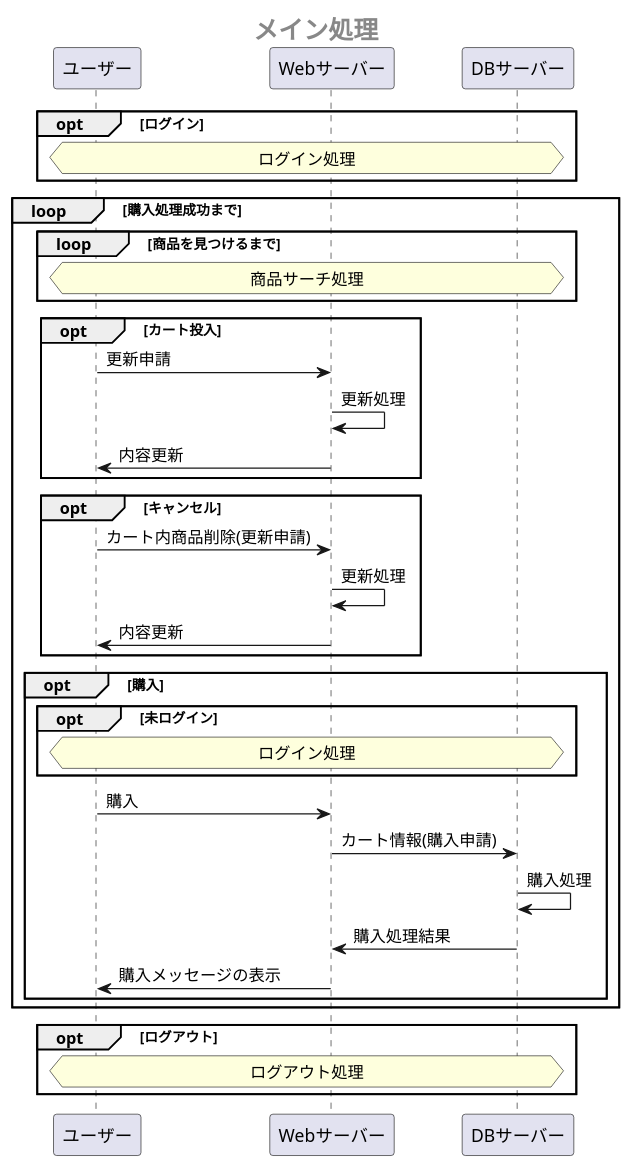
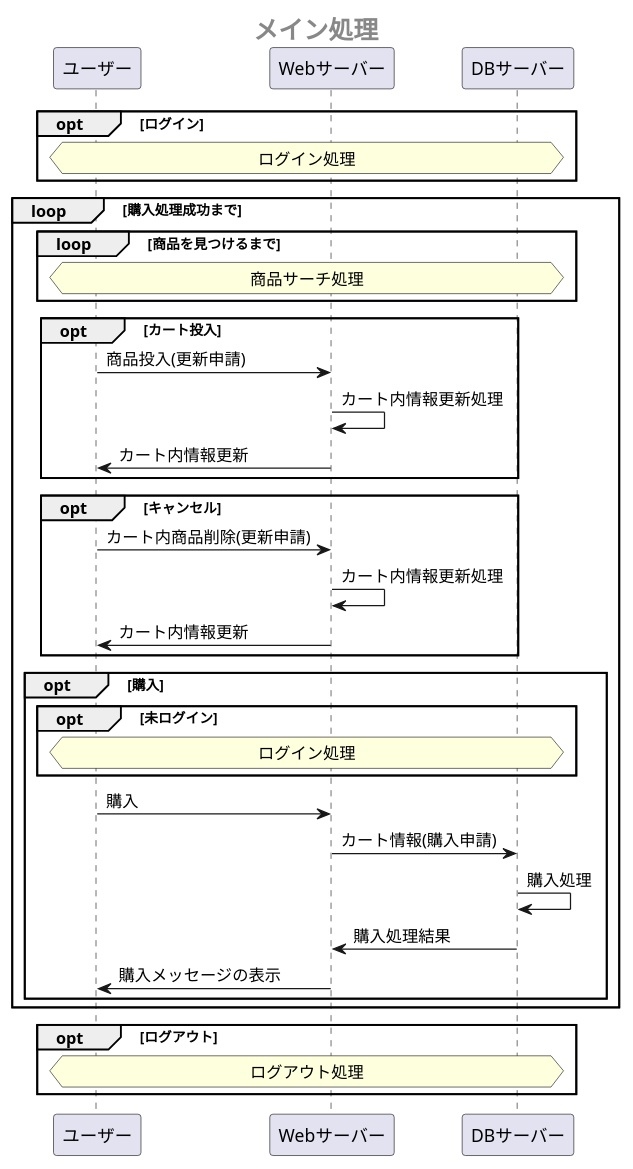
Before and after one commit to Aso2001385/2021sys-design: the first of 4 diagrams in sample/OperationFrow.md, drawn with PlantUML.

````diff
--- a/sample/OperationFrow.md
+++ b/sample/OperationFrow.md
@@ -1,42 +1,42 @@
 ```uml 
 @startuml 
  center header <size:20><b>メイン処理</b></size>
 
  opt ログイン
   hnote across: ログイン処理
  end
 
  loop 購入処理成功まで
   loop 商品を見つけるまで
    hnote across: 商品サーチ処理
   end
 
   opt カート投入
-   ユーザー -> Webサーバー:更新申請
-   Webサーバー -> Webサーバー:更新処理
-   Webサーバー ->ユーザー:内容更新
+   ユーザー -> Webサーバー:商品投入(更新申請)
+   Webサーバー -> Webサーバー:カート内情報更新処理
+   Webサーバー ->ユーザー:カート内情報更新
   end
   opt キャンセル
    ユーザー -> Webサーバー:カート内商品削除(更新申請)
-   Webサーバー -> Webサーバー:更新処理
-   Webサーバー ->ユーザー:内容更新
+   Webサーバー -> Webサーバー:カート内情報更新処理
+   Webサーバー ->ユーザー:カート内情報更新
   end
 
   opt 購入
    opt 未ログイン
      hnote across: ログイン処理
    end
    ユーザー -> Webサーバー:購入
    Webサーバー -> DBサーバー:カート情報(購入申請)
    DBサーバー -> DBサーバー:購入処理
    DBサーバー -> Webサーバー:購入処理結果
    Webサーバー ->ユーザー:購入メッセージの表示
   end
 
  end
 
  opt ログアウト
   hnote across: ログアウト処理
  end
 @enduml
 ```
````
